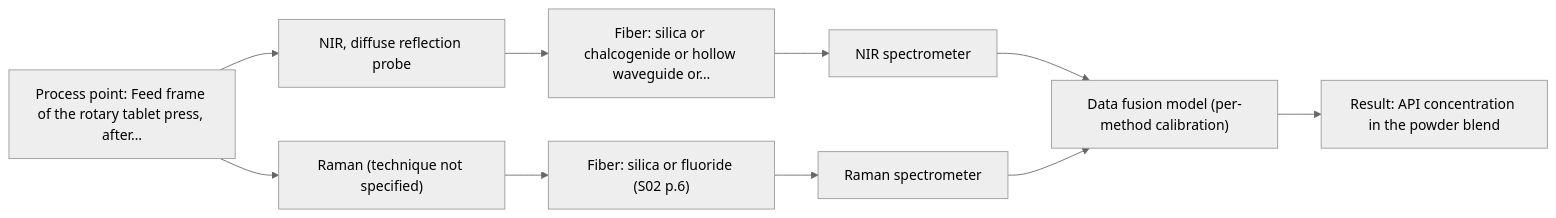
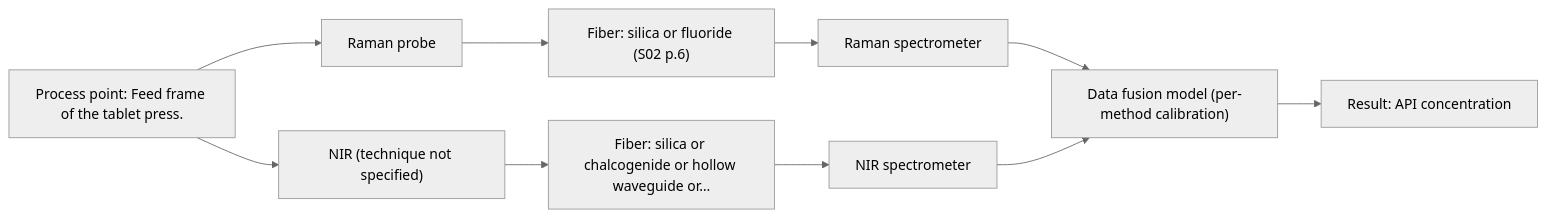
The second of 2 diagrams in outputs/dev/D01.md (sleipnir029/Afs-Spectroscopy-Assistant), drawn with Mermaid (neutral theme) before and after one commit. The commit also changed other lines of this file and 15 other files, not shown here.

Commit message:
Phase 4 dev outputs (--external=live, code f6538ee): 8/8 pass, 0 hard failures, 227/227 citations, replay 8/8 equal, 15/15 charts, 8/8 cost

````diff
--- a/outputs/dev/D01.md
+++ b/outputs/dev/D01.md
@@ -91,21 +83,21 @@
 ```mermaid
 flowchart LR
-    proc["Process point: Feed frame of the rotary tablet press, after…"]
-    probe1["NIR, diffuse reflection probe"]
-    fiber1["Fiber: silica or chalcogenide or hollow waveguide or…"]
-    spec1["NIR spectrometer"]
-    probe2["Raman (technique not specified)"]
-    fiber2["Fiber: silica or fluoride (S02 p.6)"]
-    spec2["Raman spectrometer"]
+    proc["Process point: Feed frame of the tablet press."]
+    probe1["Raman probe"]
+    fiber1["Fiber: silica or fluoride (S02 p.6)"]
+    spec1["Raman spectrometer"]
+    probe2["NIR (technique not specified)"]
+    fiber2["Fiber: silica or chalcogenide or hollow waveguide or…"]
+    spec2["NIR spectrometer"]
     model["Data fusion model (per-method calibration)"]
-    result["Result: API concentration in the powder blend"]
+    result["Result: API concentration"]
     proc --> probe1
     probe1 --> fiber1
     fiber1 --> spec1
     spec1 --> model
     proc --> probe2
     probe2 --> fiber2
     fiber2 --> spec2
     spec2 --> model
     model --> result
 ```
````
